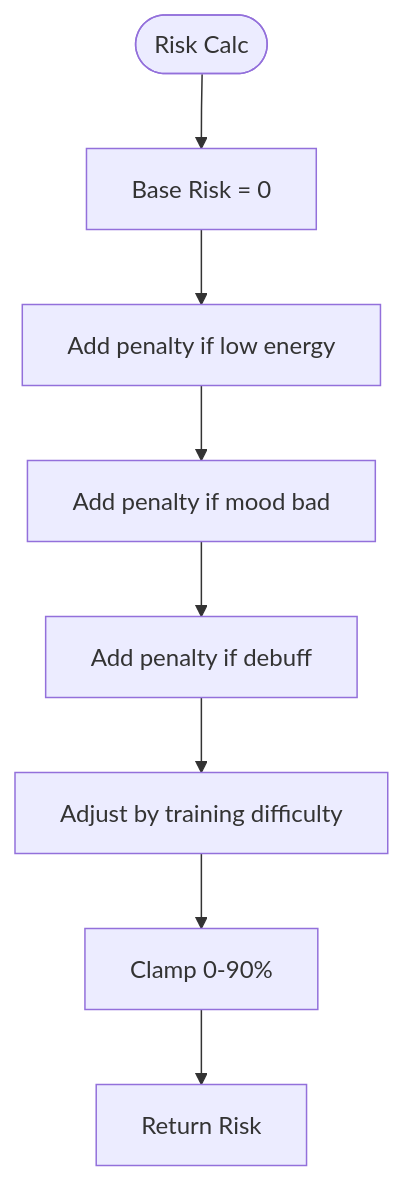
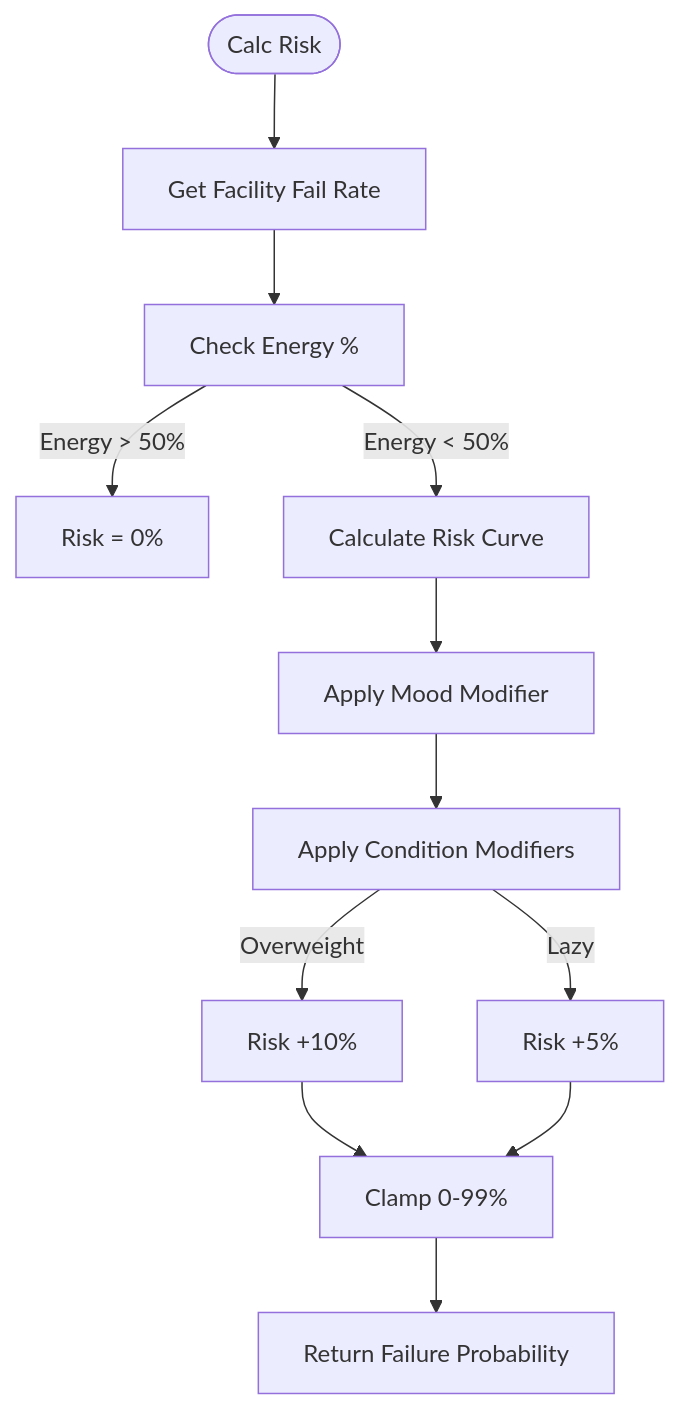
The fifth of 6 diagrams in docs/01-flows/FLOW-002_Training_Optimization_System.md (exatfrds67/umamusume-career-planner), drawn with Mermaid before and after one commit. The commit also changed other lines of this file and 67 other files, not shown here.

````diff
--- a/docs/01-flows/FLOW-002_Training_Optimization_System.md
+++ b/docs/01-flows/FLOW-002_Training_Optimization_System.md
@@ -60,10 +138,19 @@
 ```mermaid
 flowchart TD
-    Start([Risk Calc]) --> BaseRisk[Base Risk = 0]
-    BaseRisk --> EnergyPenalty[Add penalty if low energy]
-    EnergyPenalty --> MoodPenalty[Add penalty if mood bad]
-    MoodPenalty --> ConditionPenalty[Add penalty if debuff]
-    ConditionPenalty --> TrainingLevelAdj[Adjust by training difficulty]
-    TrainingLevelAdj --> Clamp[Clamp 0-90%]
-    Clamp --> ReturnRisk[Return Risk]
+    Start([Calc Risk]) --> GetRate[Get Facility Fail Rate]
+    
+    GetRate --> EnergyCheck[Check Energy %]
+    EnergyCheck -->|Energy > 50%| Base0[Risk = 0%]
+    EnergyCheck -->|Energy < 50%| CalcCurve[Calculate Risk Curve]
+    
+    CalcCurve --> MoodMod[Apply Mood Modifier]
+    MoodMod --> ConditionMod[Apply Condition Modifiers]
+    
+    ConditionMod -->|Overweight| Pen1[Risk +10%]
+    ConditionMod -->|Lazy| Pen2[Risk +5%]
+    
+    Pen1 --> Clamp[Clamp 0-99%]
+    Pen2 --> Clamp
+    
+    Clamp --> Return[Return Failure Probability]
 ```
````
